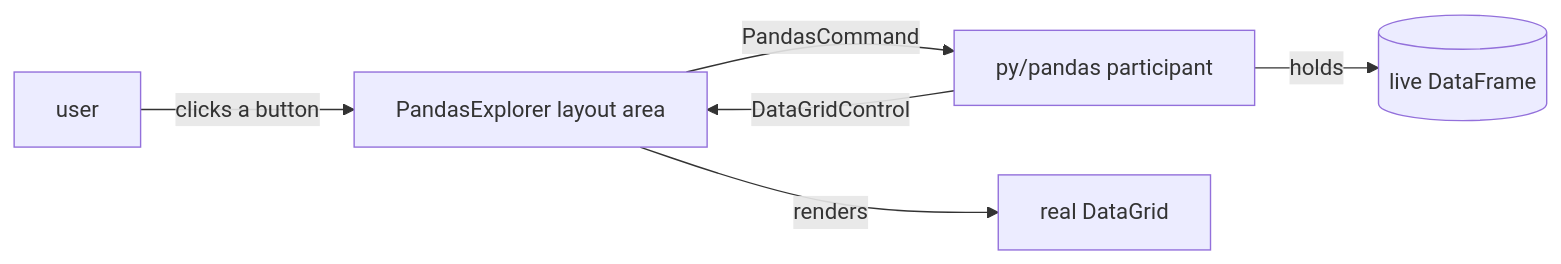
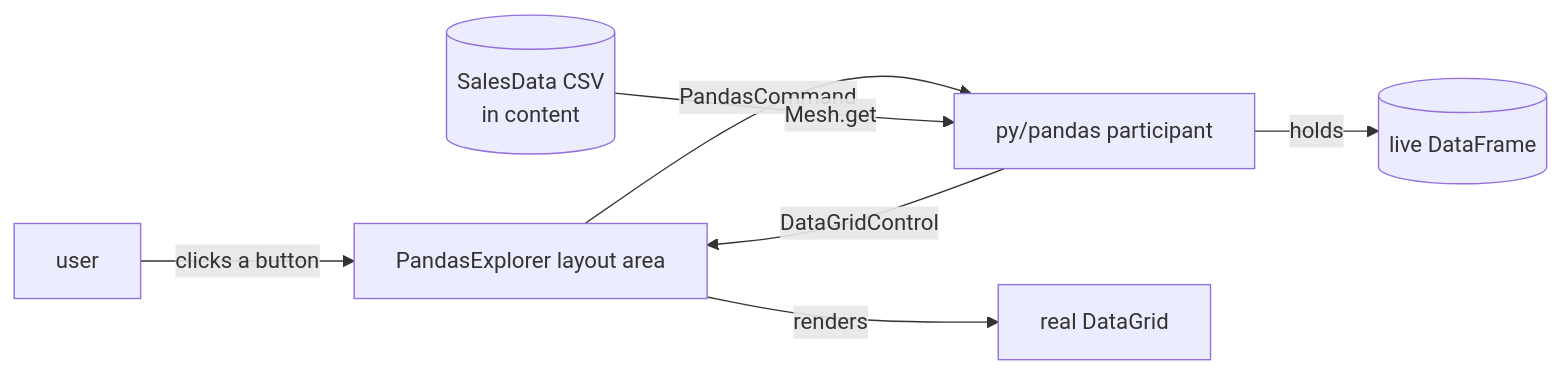
Before and after one commit to Systemorph/MeshWeaver: the second of 2 diagrams in src/MeshWeaver.Documentation/Data/DataMesh/PythonPandasNode.md, drawn with Mermaid. The commit also changed other lines of this file and 38 other files, not shown here.

````diff
--- a/src/MeshWeaver.Documentation/Data/DataMesh/PythonPandasNode.md
+++ b/src/MeshWeaver.Documentation/Data/DataMesh/PythonPandasNode.md
@@ -93,8 +124,9 @@
 ```mermaid
 graph LR
     U[user] -- clicks a button --> F[PandasExplorer layout area]
     F -- PandasCommand --> P[py/pandas participant]
+    S[(SalesData CSV<br/>in content)] -- Mesh.get --> P
     P -- holds --> D[(live DataFrame)]
     P -- DataGridControl --> F
     F -- renders --> G[real DataGrid]
 ```
````
